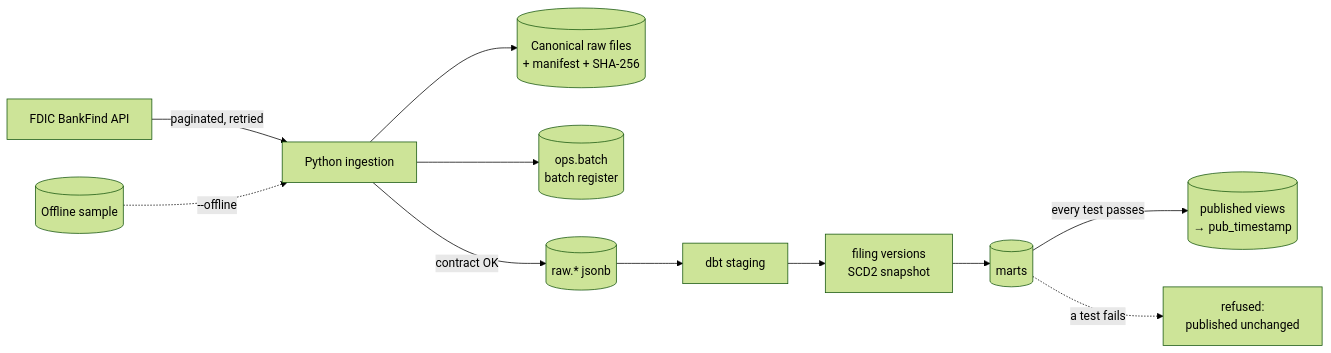
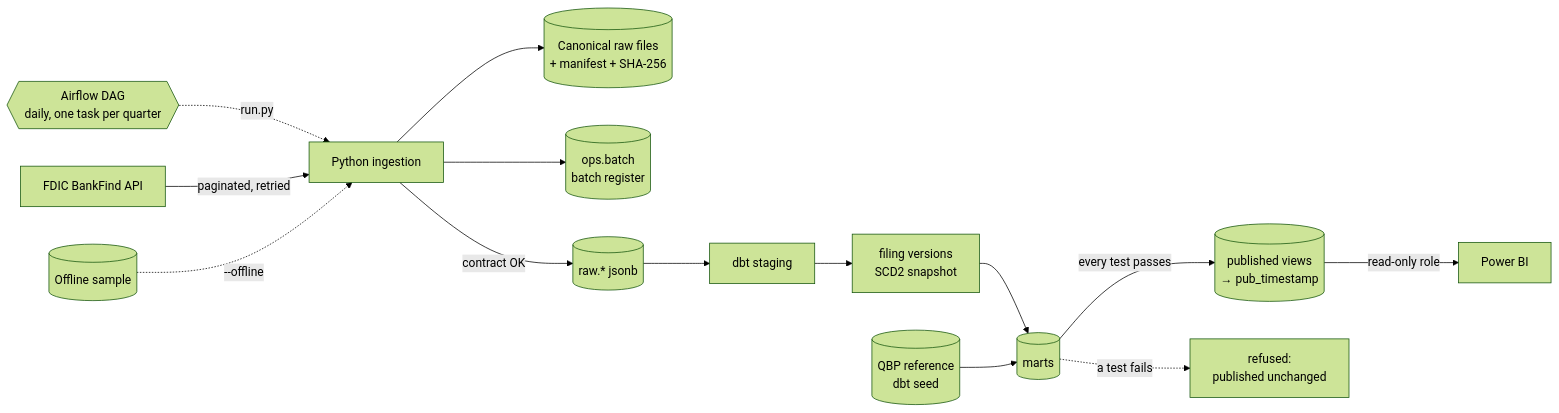
The diagram in README.md (ouchchenomar/fdic-bank-data-warehouse), drawn with Mermaid (forest theme) before and after one commit. The commit also changed other lines of this file and 115 other files, not shown here.

First line of the commit message:
Week 3: Airflow orchestration, Power BI dashboard, early warning, QBP reconciliation, runbook and CI

````diff
--- a/README.md
+++ b/README.md
@@ -21,13 +31,16 @@
 ```mermaid
 flowchart LR
+    AF{{Airflow DAG<br/>daily, one task per quarter}} -.->|run.py| PY
     API[FDIC BankFind API] -->|paginated, retried| PY[Python ingestion]
     SAMPLE[(Offline sample)] -.->|--offline| PY
     PY --> FILES[(Canonical raw files<br/>+ manifest + SHA-256)]
     PY --> REG[(ops.batch<br/>batch register)]
     PY -->|contract OK| RAW[(raw.* jsonb)]
     RAW --> STG[dbt staging]
     STG --> INT[filing versions<br/>SCD2 snapshot]
     INT --> MARTS[(marts)]
     MARTS -->|every test passes| PUB[(published views<br/>→ pub_timestamp)]
     MARTS -.->|a test fails| REF[refused:<br/>published unchanged]
+    QBP[(QBP reference<br/>dbt seed)] --> MARTS
+    PUB -->|read-only role| PBI[Power BI]
 ```
````
